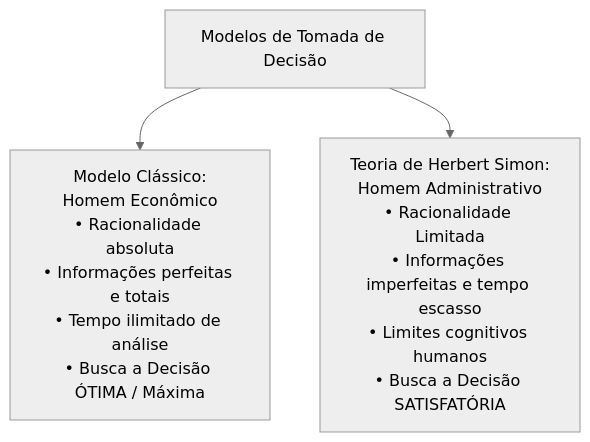
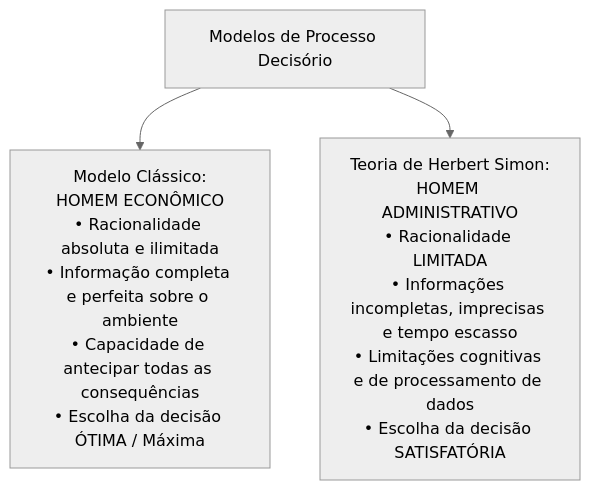
Before and after one commit to thiagosantos346/TCE-GO-2027: the fifth of 6 diagrams in fontes_de_estudo/conhecimentos_especificos_a01_tecnico_administrativo/21_nocoes_de_administracao_publica/04_planejamento_estrategico_indicadores_e_gestao_por_competencias.md, drawn with Mermaid (neutral theme). The commit also changed other lines of this file and 119 other files, not shown here.

````diff
--- a/fontes_de_estudo/conhecimentos_especificos_a01_tecnico_administrativo/21_nocoes_de_administracao_publica/04_planejamento_estrategico_indicadores_e_gestao_por_competencias.md
+++ b/fontes_de_estudo/conhecimentos_especificos_a01_tecnico_administrativo/21_nocoes_de_administracao_publica/04_planejamento_estrategico_indicadores_e_gestao_por_competencias.md
@@ -177,8 +230,8 @@
 ```mermaid
 flowchart TD
-    Simon["Modelos de Tomada de Decisão"]
+    Simon["Modelos de Processo Decisório"]
     
-    Simon --> ME["Modelo Clássico:<br/>Homem Econômico<br/>• Racionalidade absoluta<br/>• Informações perfeitas e totais<br/>• Tempo ilimitado de análise<br/>• Busca a Decisão ÓTIMA / Máxima"]
+    Simon --> ME["Modelo Clássico:<br/>HOMEM ECONÔMICO<br/>• Racionalidade absoluta e ilimitada<br/>• Informação completa e perfeita sobre o ambiente<br/>• Capacidade de antecipar todas as consequências<br/>• Escolha da decisão ÓTIMA / Máxima"]
     
-    Simon --> MA["Teoria de Herbert Simon:<br/>Homem Administrativo<br/>• Racionalidade Limitada<br/>• Informações imperfeitas e tempo escasso<br/>• Limites cognitivos humanos<br/>• Busca a Decisão SATISFATÓRIA"]
+    Simon --> MA["Teoria de Herbert Simon:<br/>HOMEM ADMINISTRATIVO<br/>• Racionalidade LIMITADA<br/>• Informações incompletas, imprecisas e tempo escasso<br/>• Limitações cognitivas e de processamento de dados<br/>• Escolha da decisão SATISFATÓRIA"]
 ```
````
